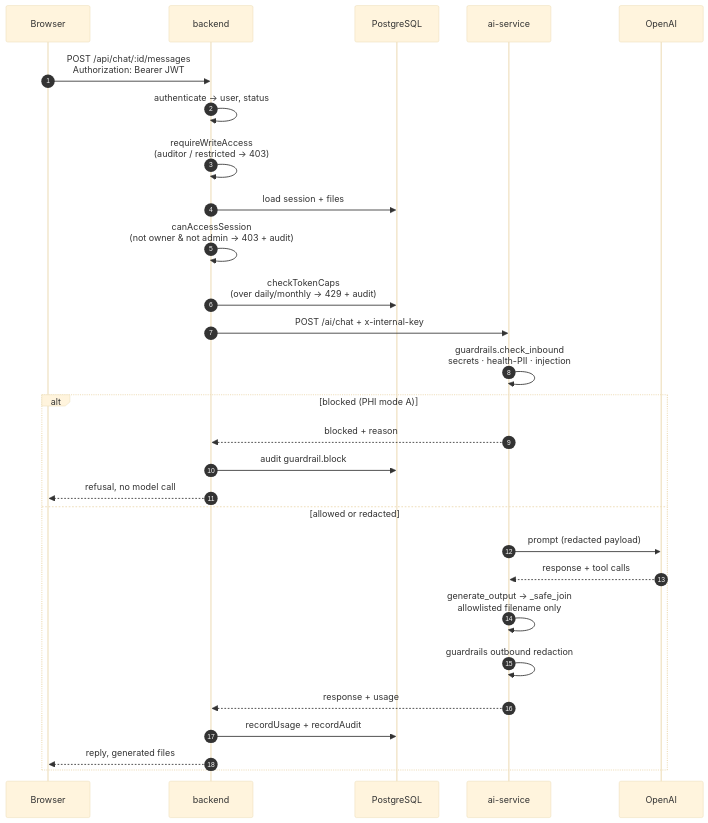
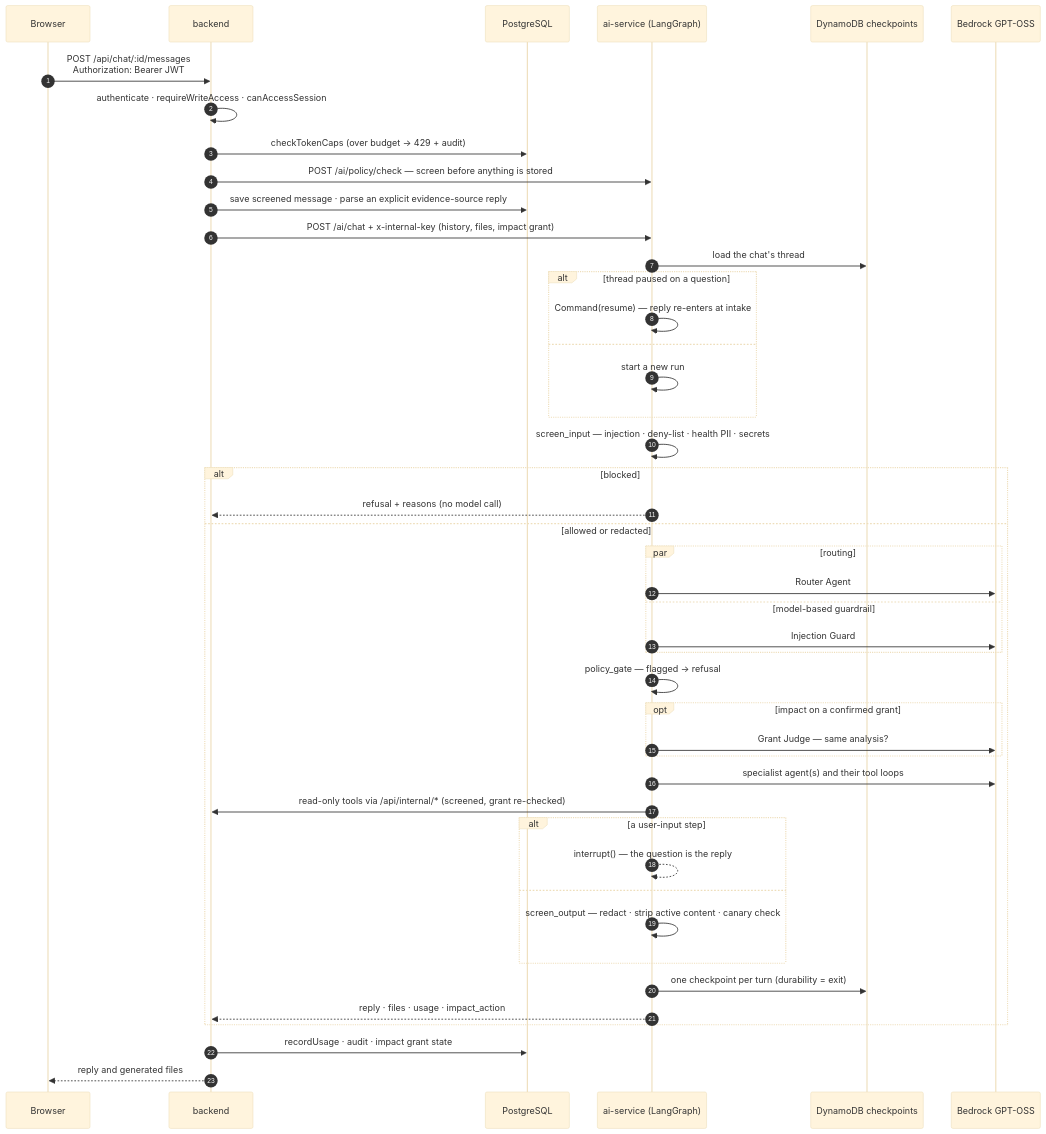
The second of 7 diagrams in README.md (shankasf/small_migration), drawn with Mermaid (base theme) before and after one commit. The commit also changed other lines of this file and 87 other files, not shown here.

First line of the commit message:
Harden impact analysis from production feedback and refresh README diagrams

````diff
--- a/README.md
+++ b/README.md
@@ -147,32 +172,48 @@
 ```mermaid
 sequenceDiagram
     autonumber
     participant U as Browser
     participant B as backend
     participant D as PostgreSQL
-    participant A as ai-service
-    participant O as OpenAI
+    participant A as ai-service (LangGraph)
+    participant K as DynamoDB checkpoints
+    participant M as Bedrock GPT-OSS
 
     U->>B: POST /api/chat/:id/messages<br/>Authorization: Bearer JWT
-    B->>B: authenticate → user, status
-    B->>B: requireWriteAccess<br/>(auditor / restricted → 403)
-    B->>D: load session + files
-    B->>B: canAccessSession<br/>(not owner & not admin → 403 + audit)
-    B->>D: checkTokenCaps<br/>(over daily/monthly → 429 + audit)
-
-    B->>A: POST /ai/chat + x-internal-key
-    A->>A: guardrails.check_inbound<br/>secrets · health-PII · injection
-    alt blocked (PHI mode A)
-        A-->>B: blocked + reason
-        B->>D: audit guardrail.block
-        B-->>U: refusal, no model call
+    B->>B: authenticate · requireWriteAccess · canAccessSession
+    B->>D: checkTokenCaps (over budget → 429 + audit)
+    B->>A: POST /ai/policy/check — screen before anything is stored
+    B->>D: save screened message · parse an explicit evidence-source reply
+    B->>A: POST /ai/chat + x-internal-key (history, files, impact grant)
+    A->>K: load the chat's thread
+    alt thread paused on a question
+        A->>A: Command(resume) — reply re-enters at intake
+    else
+        A->>A: start a new run
+    end
+    A->>A: screen_input — injection · deny-list · health PII · secrets
+    alt blocked
+        A-->>B: refusal + reasons (no model call)
     else allowed or redacted
-        A->>O: prompt (redacted payload)
-        O-->>A: response + tool calls
-        A->>A: generate_output → _safe_join<br/>allowlisted filename only
-        A->>A: guardrails outbound redaction
-        A-->>B: response + usage
-        B->>D: recordUsage + recordAudit
-        B-->>U: reply, generated files
+        par routing
+            A->>M: Router Agent
+        and model-based guardrail
+            A->>M: Injection Guard
+        end
+        A->>A: policy_gate — flagged → refusal
+        opt impact on a confirmed grant
+            A->>M: Grant Judge — same analysis?
+        end
+        A->>M: specialist agent(s) and their tool loops
+        A->>B: read-only tools via /api/internal/* (screened, grant re-checked)
+        alt a user-input step
+            A-->>A: interrupt() — the question is the reply
+        else
+            A->>A: screen_output — redact · strip active content · canary check
+        end
+        A->>K: one checkpoint per turn (durability = exit)
+        A-->>B: reply · files · usage · impact_action
     end
+    B->>D: recordUsage · audit · impact grant state
+    B-->>U: reply and generated files
 ```
````
